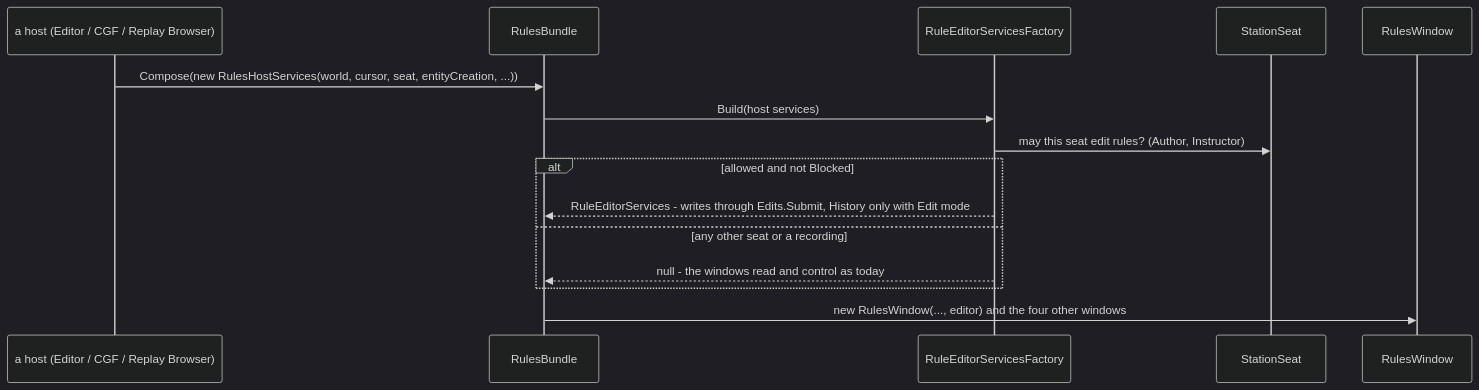
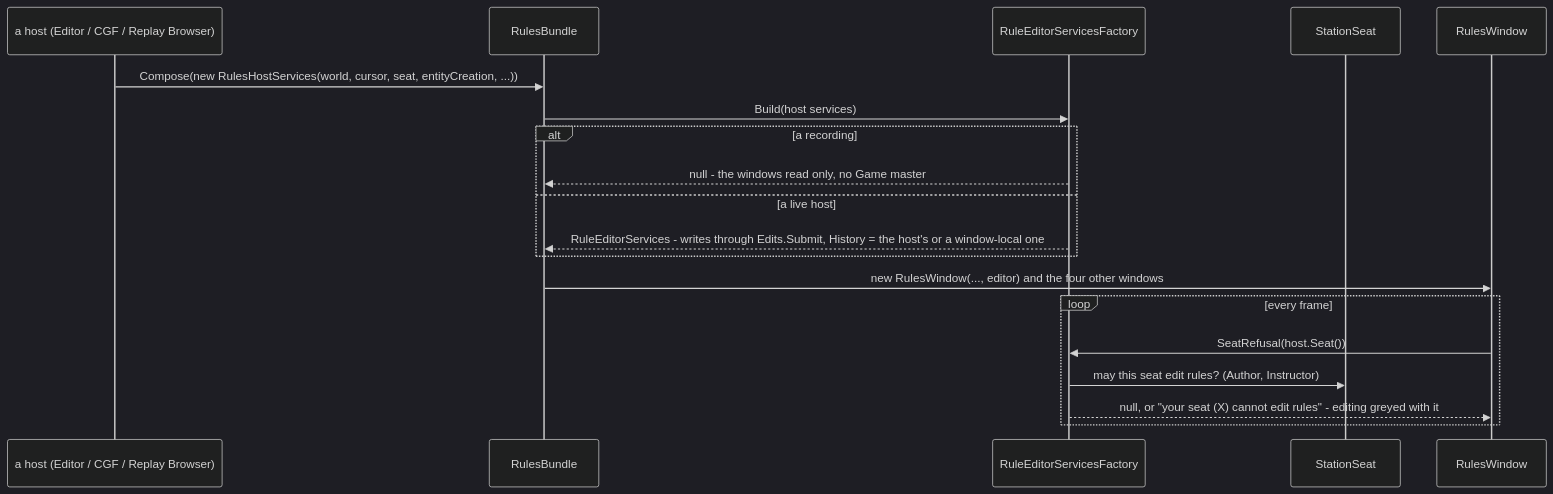
One commit to pjanec/HROT changed the second of 3 diagrams in docs/UX/DESIGN_Rules_Bundle.md. Above: the diagram before and after it, drawn with Mermaid (dark theme). The commit also changed other lines of this file and 12 other files, not shown here.

First line of the commit message:
CE-4292 R1-R3: the rules windows as ONE bundle every host composes; editing decided by the seat

````diff
--- a/docs/UX/DESIGN_Rules_Bundle.md
+++ b/docs/UX/DESIGN_Rules_Bundle.md
@@ -82,17 +85,21 @@
 ```mermaid
 sequenceDiagram
   participant H as a host (Editor / CGF / Replay Browser)
   participant B as RulesBundle
   participant F as RuleEditorServicesFactory
   participant S as StationSeat
   participant W as RulesWindow
   H->>B: Compose(new RulesHostServices(world, cursor, seat, entityCreation, ...))
   B->>F: Build(host services)
-  F->>S: may this seat edit rules? (Author, Instructor)
-  alt allowed and not Blocked
-    F-->>B: RuleEditorServices - writes through Edits.Submit, History only with Edit mode
-  else any other seat or a recording
-    F-->>B: null - the windows read and control as today
+  alt a recording
+    F-->>B: null - the windows read only, no Game master
+  else a live host
+    F-->>B: RuleEditorServices - writes through Edits.Submit, History = the host's or a window-local one
   end
   B->>W: new RulesWindow(..., editor) and the four other windows
+  loop every frame
+    W->>F: SeatRefusal(host.Seat())
+    F->>S: may this seat edit rules? (Author, Instructor)
+    F-->>W: null, or "your seat (X) cannot edit rules" - editing greyed with it
+  end
 ```
````
